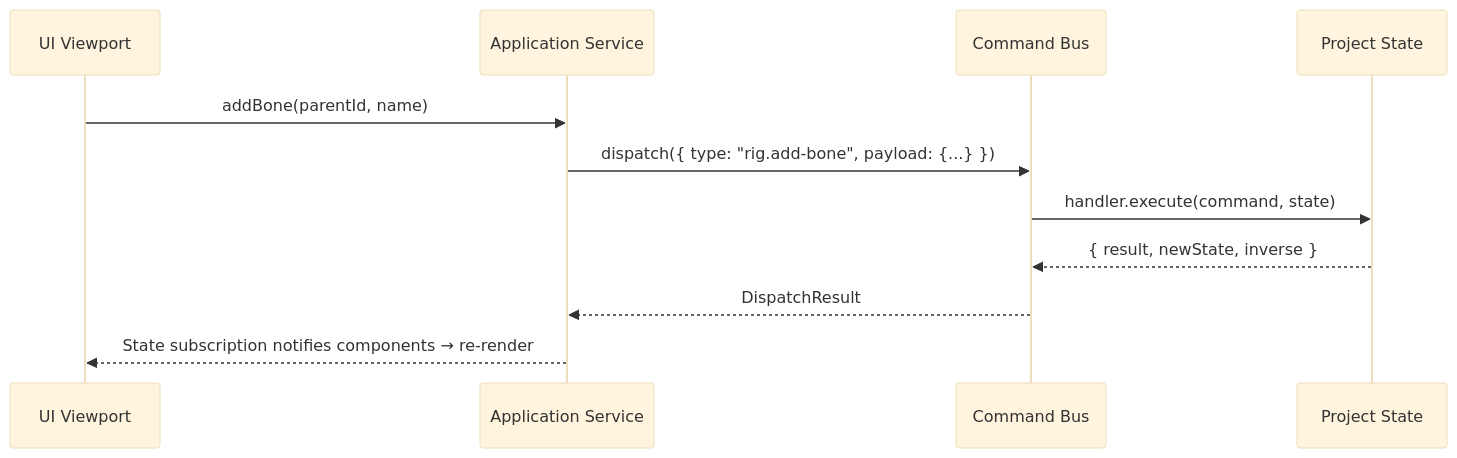
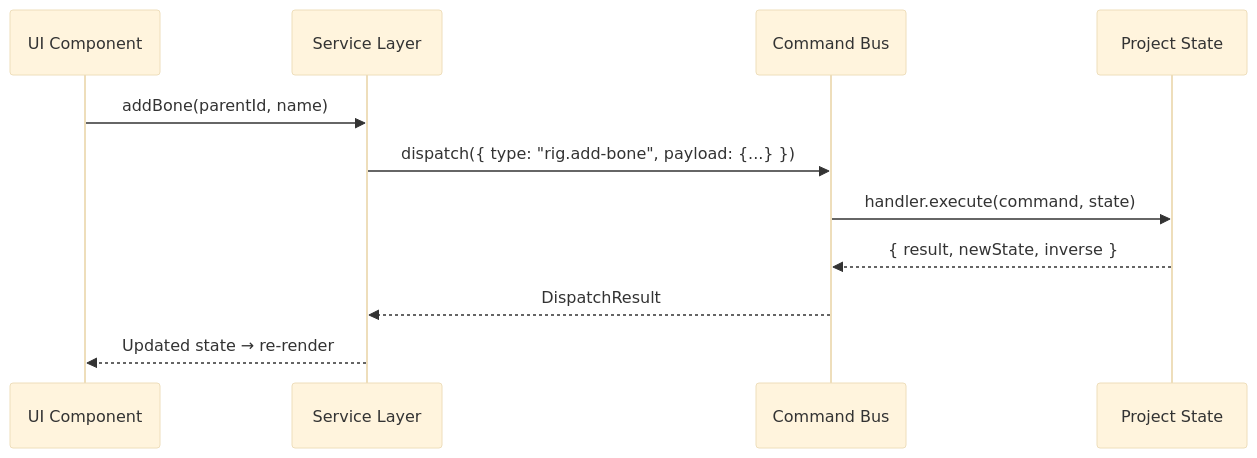
Before and after one commit to khuonghiiro/parallax-studio: the second of 2 diagrams in docs/COMMAND_BUS.md, drawn with Mermaid (base theme). The commit also changed other lines of this file and 48 other files, not shown here.

````diff
--- a/docs/COMMAND_BUS.md
+++ b/docs/COMMAND_BUS.md
@@ -194,14 +240,14 @@
 ```mermaid
 sequenceDiagram
-  participant U as UI Viewport
-  participant S as Application Service
+  participant U as UI Component
+  participant S as Service Layer
   participant CB as Command Bus
   participant PS as Project State
 
   U->>S: addBone(parentId, name)
   S->>CB: dispatch({ type: "rig.add-bone", payload: {...} })
   CB->>PS: handler.execute(command, state)
   PS-->>CB: { result, newState, inverse }
   CB-->>S: DispatchResult
-  S-->>U: State subscription notifies components → re-render
+  S-->>U: Updated state → re-render
 ```
````
